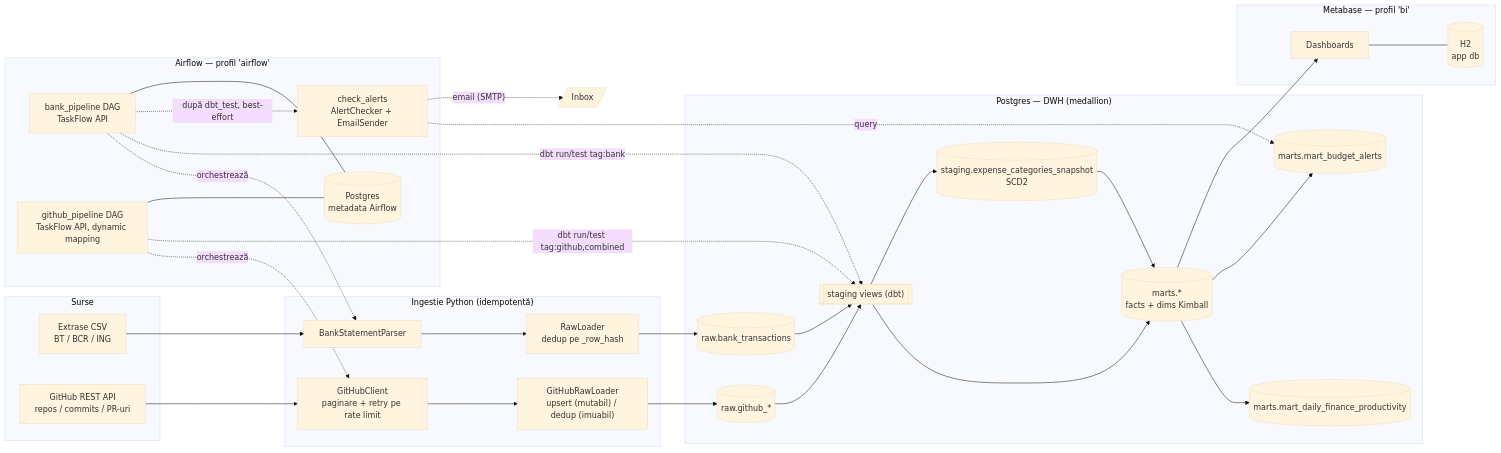
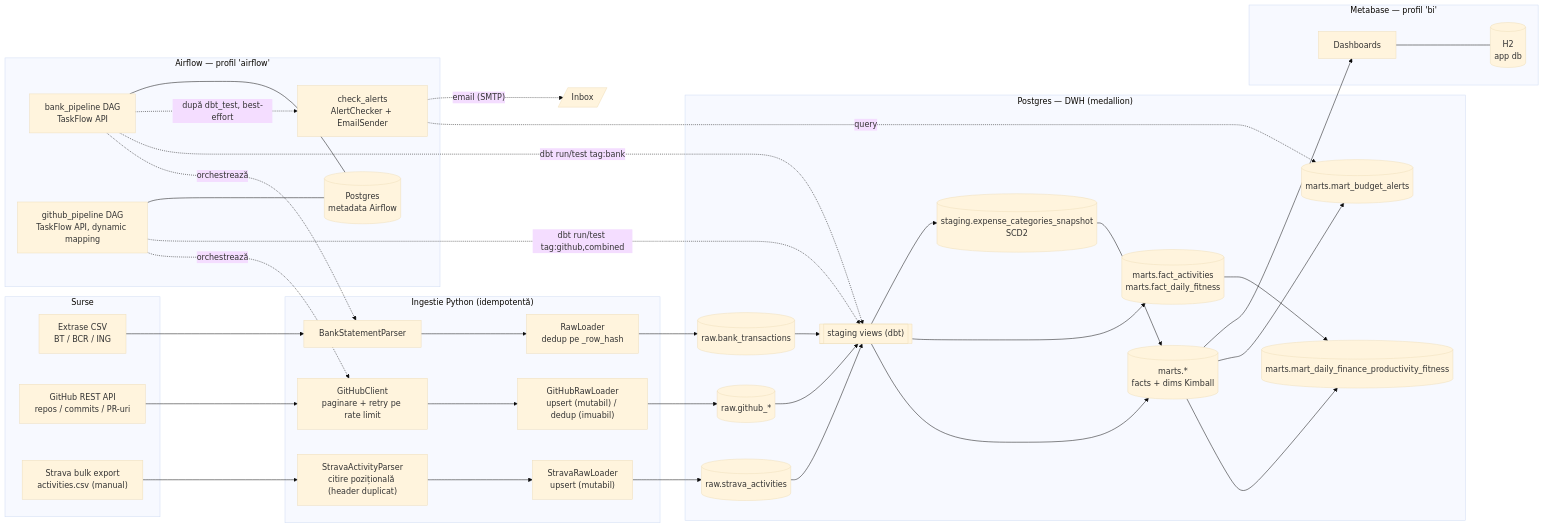
Before and after one commit to raducugabriel02/dataforge: the diagram in README.md, drawn with Mermaid (base theme). The commit also changed other lines of this file and 14 other files, not shown here.

First line of the commit message:
feat(strava): raw table, loader, dbt marts for Faza 6 (v3)

````diff
--- a/README.md
+++ b/README.md
@@ -32,55 +32,63 @@
 ```mermaid
 flowchart LR
     subgraph src["Surse"]
         csv["Extrase CSV<br/>BT / BCR / ING"]
         gh["GitHub REST API<br/>repos / commits / PR-uri"]
+        strava["Strava bulk export<br/>activities.csv (manual)"]
     end
 
     subgraph ingest["Ingestie Python (idempotentă)"]
         parser["BankStatementParser"]
         loader["RawLoader<br/>dedup pe _row_hash"]
         ghclient["GitHubClient<br/>paginare + retry pe rate limit"]
         ghloader["GitHubRawLoader<br/>upsert (mutabil) / dedup (imuabil)"]
+        stravaparser["StravaActivityParser<br/>citire pozițională (header duplicat)"]
+        stravaloader["StravaRawLoader<br/>upsert (mutabil)"]
     end
 
     subgraph dwh["Postgres — DWH (medallion)"]
         raw[("raw.bank_transactions")]
         ghraw[("raw.github_*")]
+        stravaraw[("raw.strava_activities")]
         staging[["staging views (dbt)"]]
         snapshot[("staging.expense_categories_snapshot<br/>SCD2")]
         marts[("marts.*<br/>facts + dims Kimball")]
-        combined[("marts.mart_daily_finance_productivity")]
+        fitnessmart[("marts.fact_activities<br/>marts.fact_daily_fitness")]
+        combined[("marts.mart_daily_finance_productivity_fitness")]
         budgetmart[("marts.mart_budget_alerts")]
     end
 
     subgraph orch["Airflow — profil 'airflow'"]
         dag["bank_pipeline DAG<br/>TaskFlow API"]
         ghdag["github_pipeline DAG<br/>TaskFlow API, dynamic mapping"]
         alertcheck["check_alerts<br/>AlertChecker + EmailSender"]
         afdb[("Postgres<br/>metadata Airflow")]
     end
 
     subgraph bi["Metabase — profil 'bi'"]
         dash["Dashboards"]
         mbdb[("H2<br/>app db")]
     end
 
     csv --> parser --> loader --> raw
     gh --> ghclient --> ghloader --> ghraw
+    strava --> stravaparser --> stravaloader --> stravaraw
     raw --> staging --> marts
     ghraw --> staging
+    stravaraw --> staging --> fitnessmart
     staging --> snapshot --> marts
     marts --> combined
+    fitnessmart --> combined
     marts --> budgetmart
     marts --> dash
     dag -. orchestrează .-> parser
     dag -. "dbt run/test tag:bank" .-> staging
     dag -. "după dbt_test, best-effort" .-> alertcheck
     alertcheck -. query .-> budgetmart
     alertcheck -. "email (SMTP)" .-> email[/"Inbox"/]
     ghdag -. orchestrează .-> ghclient
     ghdag -. "dbt run/test tag:github,combined" .-> staging
     dag --- afdb
     ghdag --- afdb
     dash --- mbdb
 ```
````
